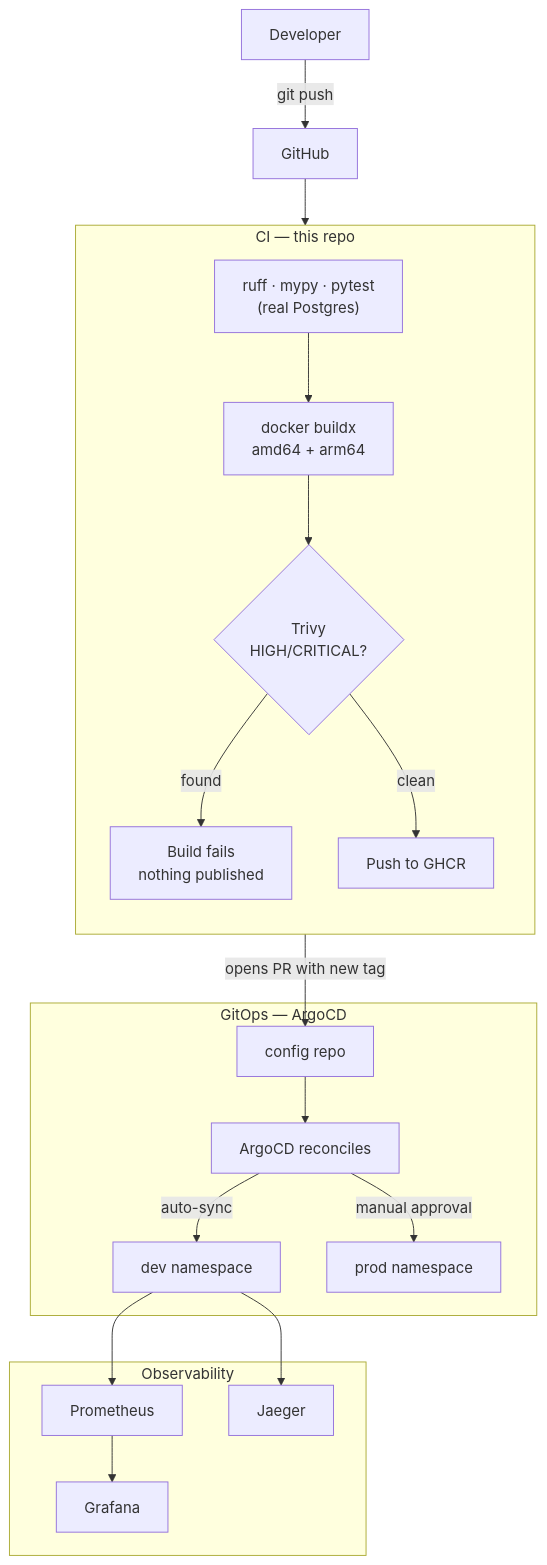
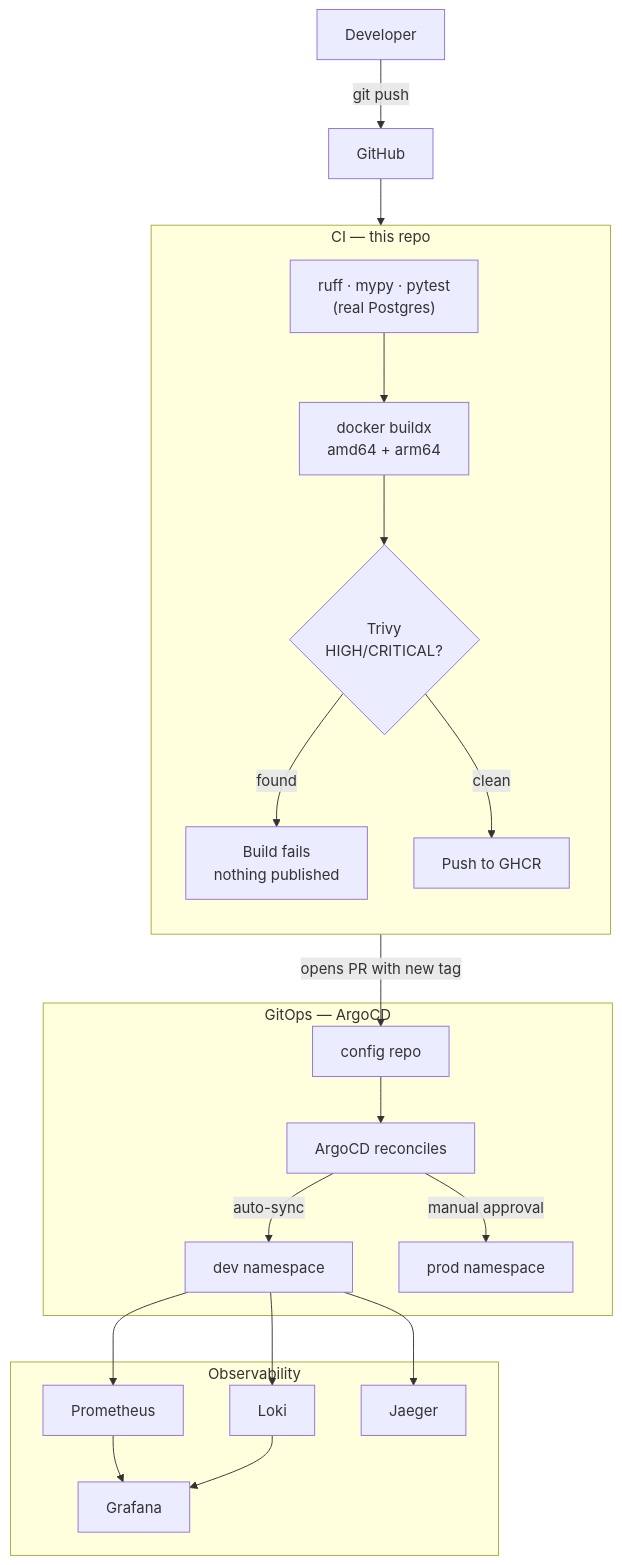
Before and after one commit to sudhamshrama/url-shortener: the first of 2 diagrams in README.md, drawn with Mermaid. The commit also changed other lines of this file and 1 other file, not shown here.

Commit message:
docs: restore Loki claims — the stack works, my test was broken
Loki is not broken. Every 'zero streams' result came from curl omitting -G,
which made --data-urlencode issue a POST; Grafana's Loki proxy rejects
non-allowlisted POSTs with a 403, and jq read .data.result on the error body as
null and printed 0.

Verified working: {namespace="url-shortener-dev", app="backend"} returns
streams, log lines are structured JSON, and they carry trace_id and span_id so
the logs-to-traces link resolves.

The README's observability claim is restored, and KNOWN-ISSUES.md keeps the
episode under Resolved — the debugging lesson (check the raw response before
theorising about the system) is worth more than the bug was.

````diff
--- a/README.md
+++ b/README.md
@@ -28,27 +28,29 @@
 ```mermaid
 flowchart TB
     dev["Developer"] -->|git push| gh["GitHub"]
 
     subgraph ci["CI — this repo"]
         direction TB
         lint["ruff · mypy · pytest<br/>(real Postgres)"] --> build["docker buildx<br/>amd64 + arm64"]
         build --> scan{"Trivy<br/>HIGH/CRITICAL?"}
         scan -->|found| stop["Build fails<br/>nothing published"]
         scan -->|clean| push["Push to GHCR"]
     end
 
     gh --> lint
     push -->|opens PR with new tag| cfg["config repo"]
 
     subgraph gitops["GitOps — ArgoCD"]
         cfg --> argo["ArgoCD reconciles"]
         argo -->|auto-sync| devns["dev namespace"]
         argo -->|manual approval| prodns["prod namespace"]
     end
 
     subgraph obs["Observability"]
         devns --> prom["Prometheus"]
+        devns --> loki["Loki"]
         devns --> jaeger["Jaeger"]
         prom --> graf["Grafana"]
+        loki --> graf
     end
 ```
````
